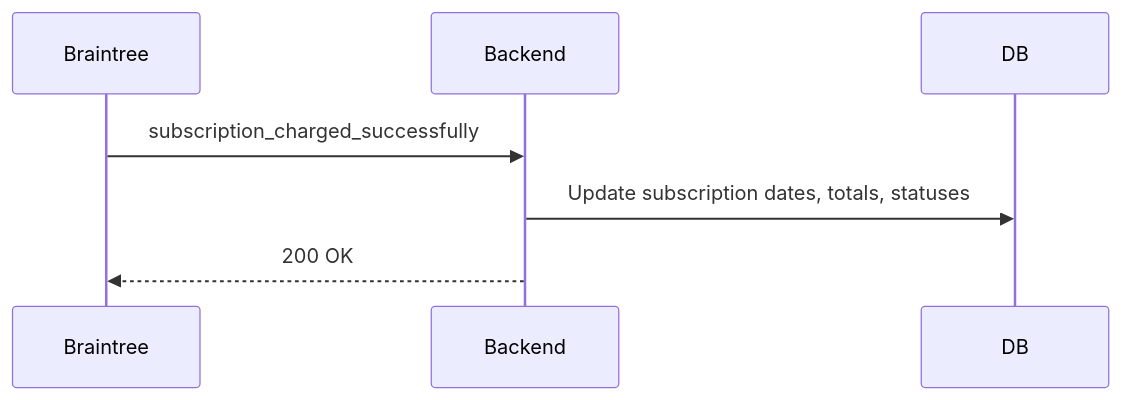
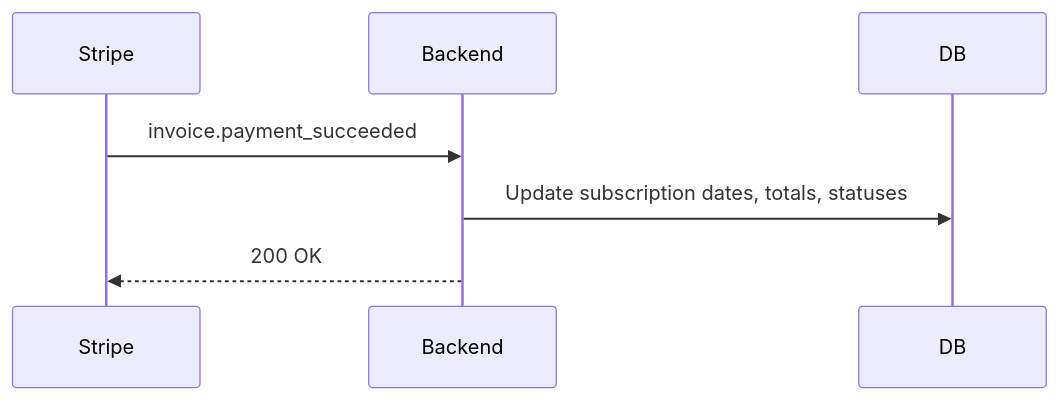
Before and after one commit to huzaifa-khambaty/resume_builder_back: the second of 2 diagrams in document/SubscriptionMechanism.md, drawn with Mermaid. The commit also changed other lines of this file and 13 other files, not shown here.

Commit message:
Change payment integration from braintree to stripe

````diff
--- a/document/SubscriptionMechanism.md
+++ b/document/SubscriptionMechanism.md
@@ -131,8 +146,8 @@
 ```mermaid
 sequenceDiagram
-  participant BT as Braintree
+  participant Stripe as Stripe
   participant API as Backend
-  BT->>API: subscription_charged_successfully
+  Stripe->>API: invoice.payment_succeeded
   API->>DB: Update subscription dates, totals, statuses
-  API-->>BT: 200 OK
+  API-->>Stripe: 200 OK
 ```
````
